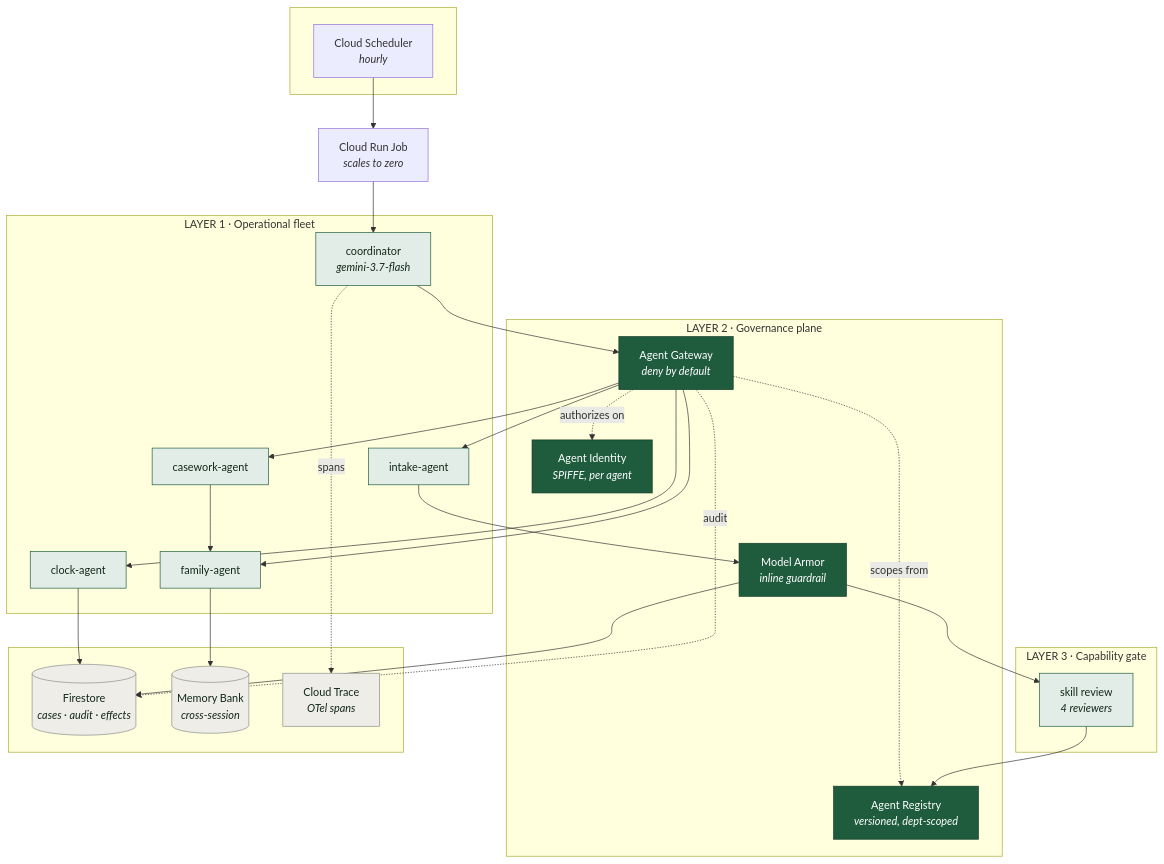
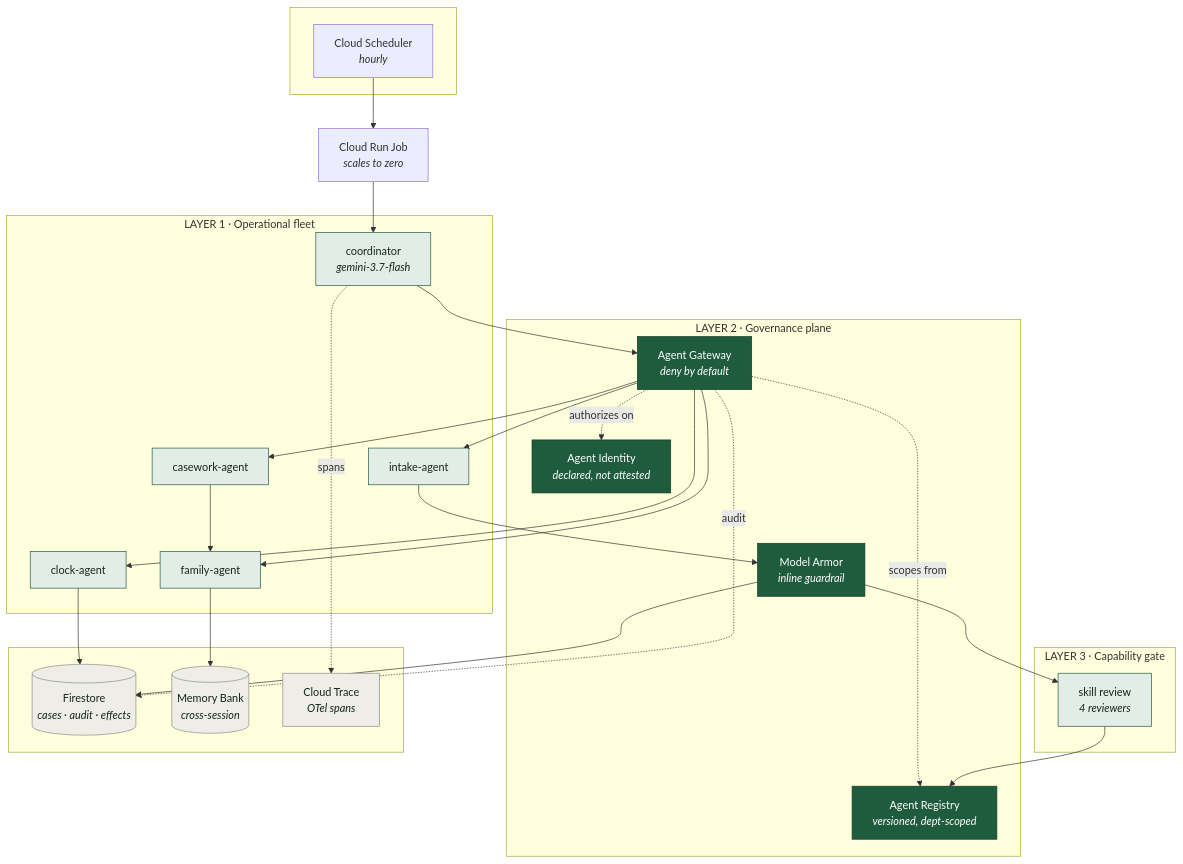
Before and after one commit to Aditya-galaxy/Hopscotch: the first of 5 diagrams in docs/architecture.md, drawn with Mermaid. The commit also changed other lines of this file and 5 other files, not shown here.

First line of the commit message:
Correct two overclaims: identity is declared, notices are not delivered

````diff
--- a/docs/architecture.md
+++ b/docs/architecture.md
@@ -16,54 +16,54 @@
 ```mermaid
 flowchart TB
     subgraph trigger[" "]
         SCH["Cloud Scheduler<br/><i>hourly</i>"]
     end
 
     subgraph L2["LAYER 2 · Governance plane"]
         GW["Agent Gateway<br/><i>deny by default</i>"]
-        ID["Agent Identity<br/><i>SPIFFE, per agent</i>"]
+        ID["Agent Identity<br/><i>declared, not attested</i>"]
         MA["Model Armor<br/><i>inline guardrail</i>"]
         REG["Agent Registry<br/><i>versioned, dept-scoped</i>"]
     end
 
     subgraph L1["LAYER 1 · Operational fleet"]
         CO["coordinator<br/><i>gemini-3.7-flash</i>"]
         IN["intake-agent"]
         CL["clock-agent"]
         CW["casework-agent"]
         FA["family-agent"]
     end
 
     subgraph L3["LAYER 3 · Capability gate"]
         GATE["skill review<br/><i>4 reviewers</i>"]
     end
 
     subgraph state[" "]
         FS[("Firestore<br/><i>cases · audit · effects</i>")]
         MB[("Memory Bank<br/><i>cross-session</i>")]
         CT["Cloud Trace<br/><i>OTel spans</i>"]
     end
 
     SCH --> JOB["Cloud Run Job<br/><i>scales to zero</i>"]
     JOB --> CO
     CO --> GW
     GW -.authorizes on.-> ID
     GW -.scopes from.-> REG
     GW --> IN & CL & CW & FA
     IN --> MA
     MA --> FS
     CL --> FS
     CW --> FA
     FA --> MB
     GATE --> REG
     MA --> GATE
     CO -.spans.-> CT
     GW -.audit.-> FS
 
     classDef gov fill:#1F5C3D,stroke:#123a26,color:#fff
     classDef fleet fill:#E3EDE7,stroke:#1F5C3D,color:#12271c
     classDef store fill:#EEEDE7,stroke:#8a8f86,color:#12271c
     class GW,ID,MA,REG gov
     class CO,IN,CL,CW,FA,GATE fleet
     class FS,MB,CT store
 ```
````
